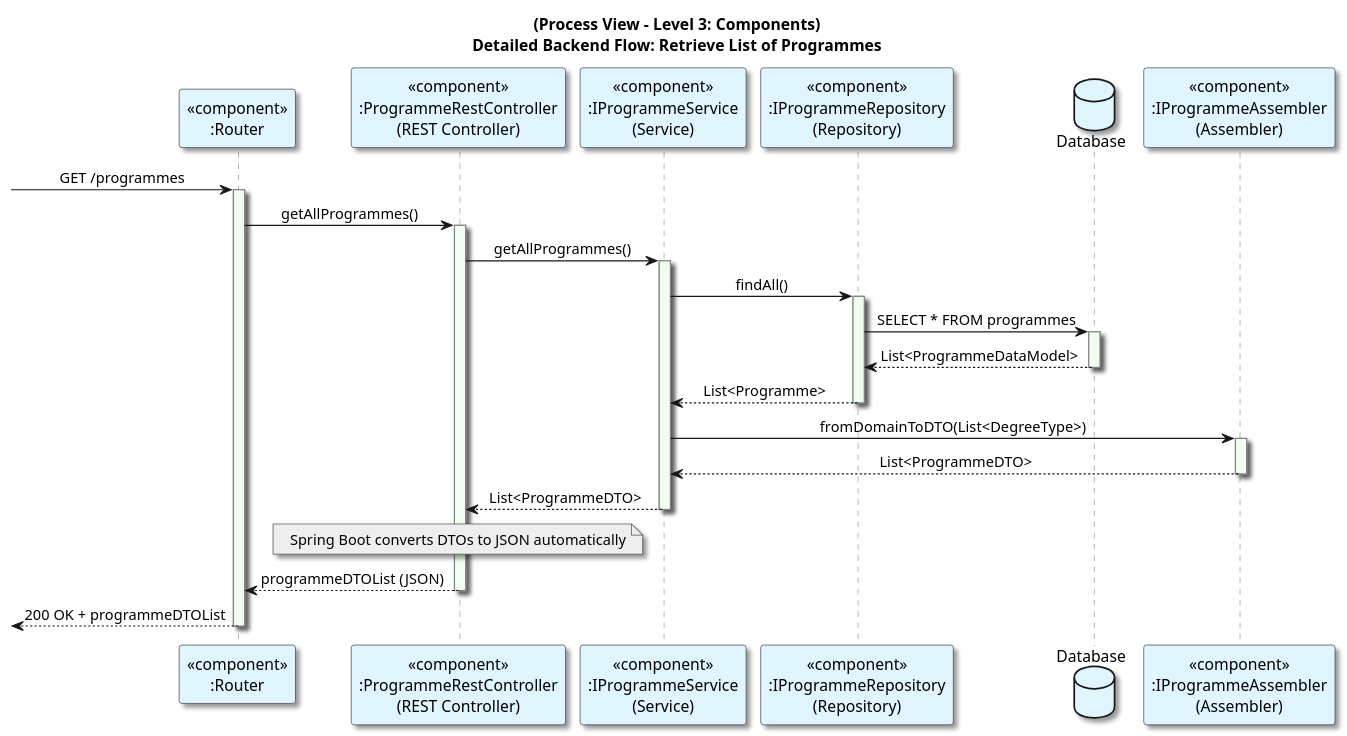
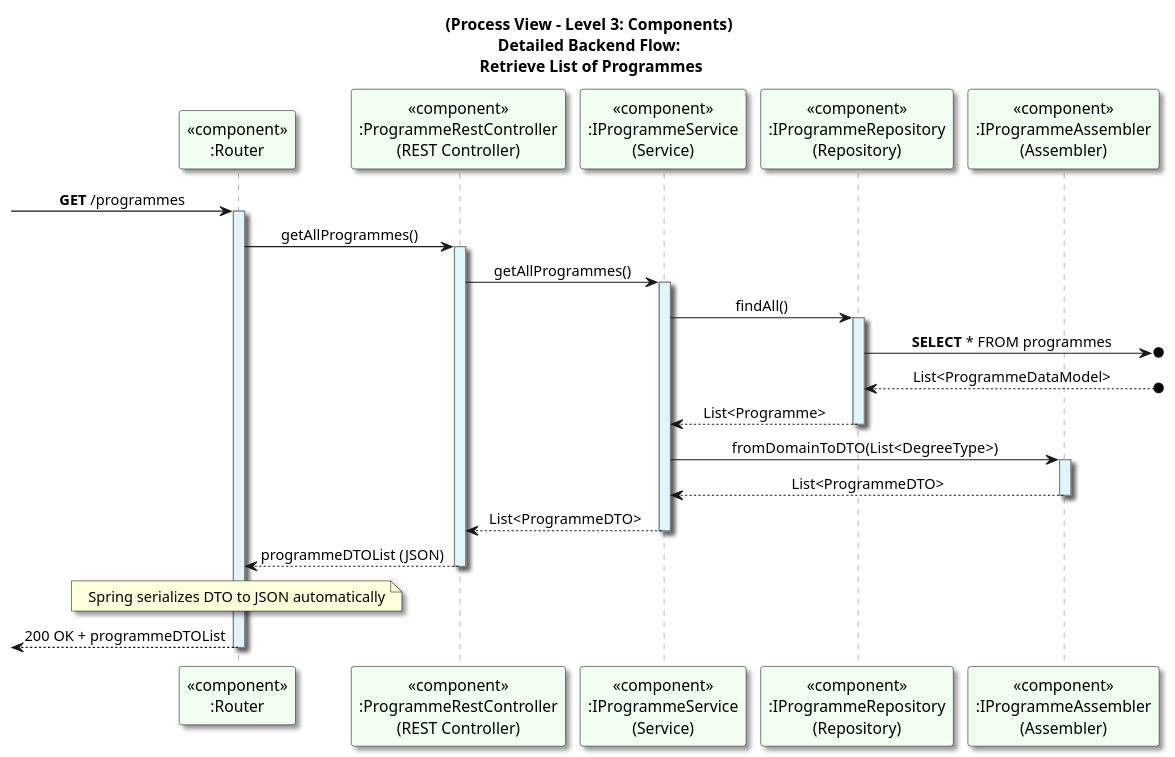
The diagram in docs/US30/Sprint_7/ProcessView/Level3_ComponentContext_GetAllProgrammes.puml (GasparISEP/DevOps-PAI), drawn with PlantUML before and after one commit.

Commit message:
docs(addCourseToAProgramme): refactor detailed flow diagram for list of programmes to fully align with the logic, improve clarity and detailed interactions (refs: #701, #705)

```diff
--- a/docs/US30/Sprint_7/ProcessView/Level3_ComponentContext_GetAllProgrammes.puml
+++ b/docs/US30/Sprint_7/ProcessView/Level3_ComponentContext_GetAllProgrammes.puml
@@ -1,57 +1,54 @@
 @startuml
-title (Process View - Level 3: Components)\nDetailed Backend Flow: Retrieve List of Programmes
+title (Process View - Level 3: Components)\nDetailed Backend Flow:\n Retrieve List of Programmes
 
 skinparam sequence {
     LifeLineBorderColor Grey
-    LifeLineBackgroundColor HoneyDew
+    LifeLineBackgroundColor #E1F5FE
 }
 skinparam defaultTextAlignment center
 skinparam shadowing true
 
-participant "<<component>>\n:Router" as Router #E1F5FE
-participant "<<component>>\n:ProgrammeRestController\n(REST Controller)" as Controller #E1F5FE
-participant "<<component>>\n:IProgrammeService\n(Service)" as Service #E1F5FE
-participant "<<component>>\n:IProgrammeRepository\n(Repository)" as Repository #E1F5FE
-database "Database" as DB #E1F5FE
-participant "<<component>>\n:IProgrammeAssembler\n(Assembler)" as Assembler #E1F5FE
+participant "<<component>>\n:Router" as Router #honeydew
+participant "<<component>>\n:ProgrammeRestController\n(REST Controller)" as Controller #honeydew
+participant "<<component>>\n:IProgrammeService\n(Service)" as Service #honeydew
+participant "<<component>>\n:IProgrammeRepository\n(Repository)" as Repository #honeydew
+participant "<<component>>\n:IProgrammeAssembler\n(Assembler)" as Assembler #honeydew
 
--> Router: GET /programmes
+-> Router: **GET** /programmes
 activate Router
 
 Router -> Controller: getAllProgrammes()
 activate Controller
 
 Controller -> Service: getAllProgrammes()
 activate Service
 
 Service -> Repository: findAll()
 activate Repository
 
-Repository -> DB: SELECT * FROM programmes
-activate DB
+Repository ->o]: **SELECT** * FROM programmes
 
-DB --> Repository: List<ProgrammeDataModel>
-deactivate DB
+Repository <--o]: List<ProgrammeDataModel>
 
 Repository --> Service: List<Programme>
 deactivate Repository
 
 Service -> Assembler: fromDomainToDTO(List<DegreeType>)
 activate Assembler
 
 Assembler --> Service: List<ProgrammeDTO>
 deactivate Assembler
 Service --> Controller: List<ProgrammeDTO>
 deactivate Service
 
-note over Controller #EEEEEE
-Spring Boot converts DTOs to JSON automatically
-end note
-
 Controller --> Router: programmeDTOList (JSON)
 deactivate Controller
+
+note over Router
+Spring serializes DTO to JSON automatically
+end note
 
 <-- Router: 200 OK + programmeDTOList
 deactivate Router
 
 @enduml
```
